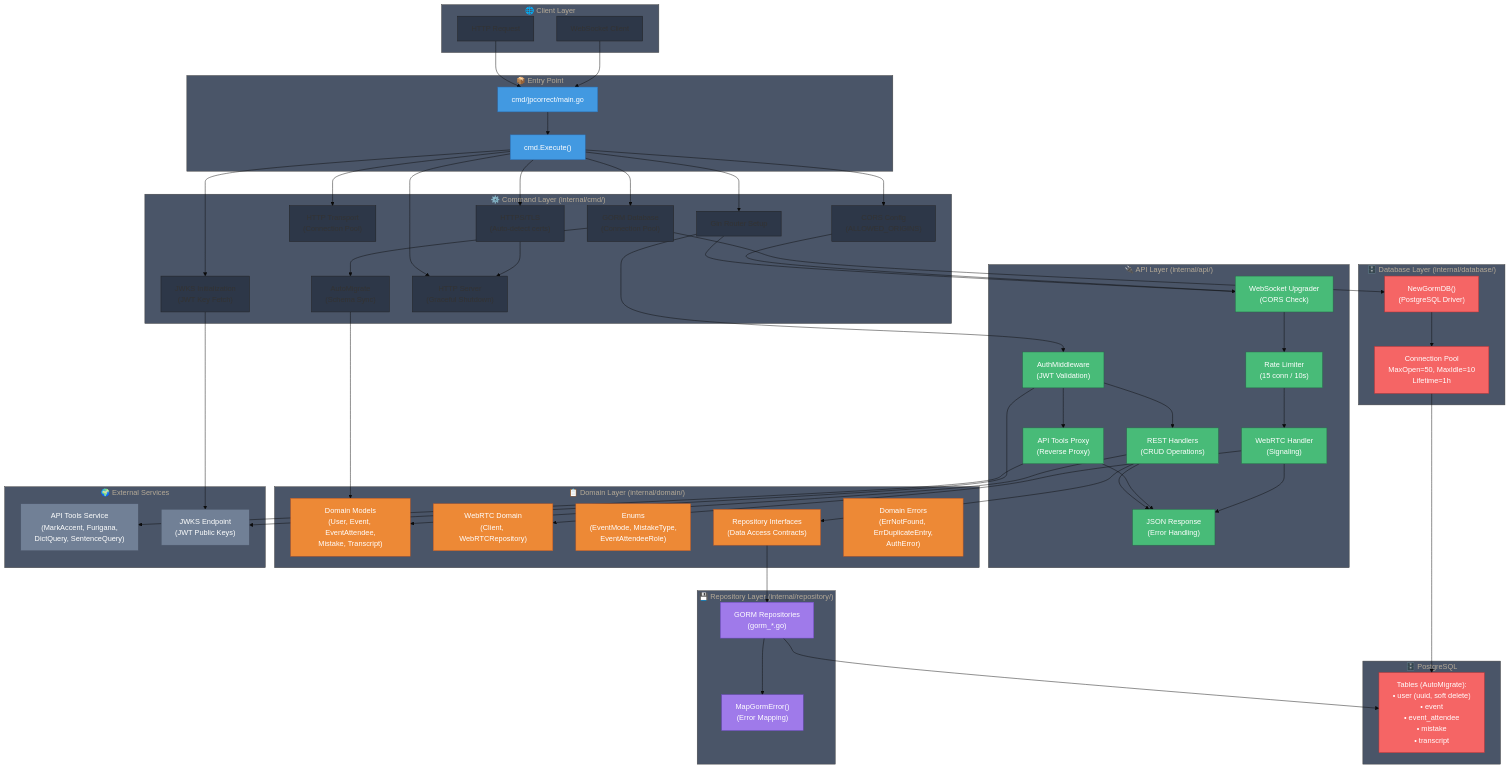
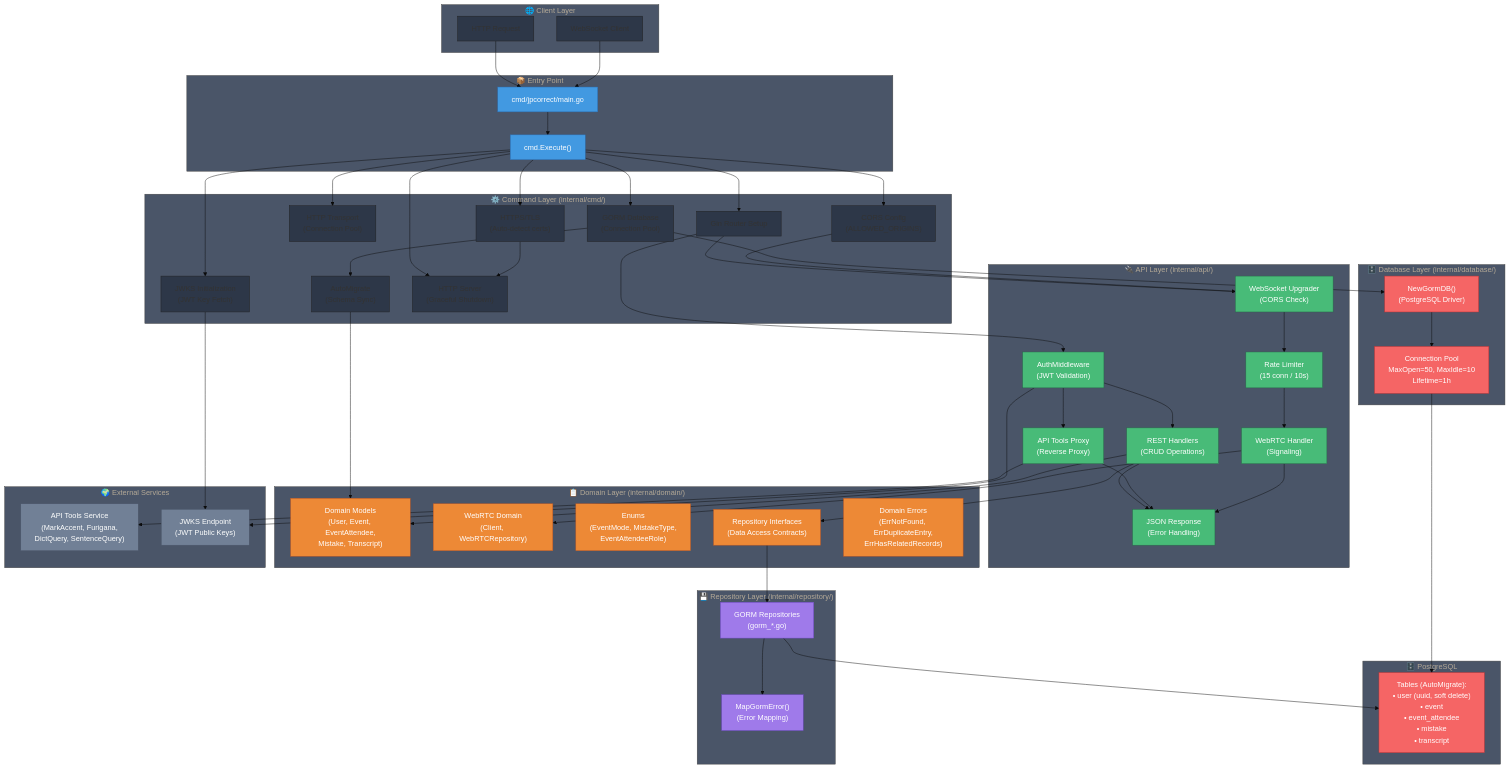
One commit to sessatakuma/jpcorrect-backend changed the first of 5 diagrams in docs/archecture.md. Above: the diagram before and after it, drawn with Mermaid. The commit also changed 1 other file, not shown here.

Commit message:
docs: describe the error envelope in the agent guide
The Errors convention no longer mentions domain.AuthError, which the
envelope migration removed, and the architecture diagram lists the
sentinel set that exists today.

Refs #70

```diff
--- a/docs/archecture.md
+++ b/docs/archecture.md
@@ -75,7 +75,7 @@
         WEBRTC["WebRTC Domain<br/>(Client, WebRTCRepository)"]
         ENUMS["Enums<br/>(EventMode, MistakeType,<br/>EventAttendeeRole)"]
         REPOS["Repository Interfaces<br/>(Data Access Contracts)"]
-        ERRORS["Domain Errors<br/>(ErrNotFound, ErrDuplicateEntry,<br/>AuthError)"]
+        ERRORS["Domain Errors<br/>(ErrNotFound, ErrDuplicateEntry,<br/>ErrHasRelatedRecords)"]
     end
 
     subgraph RepoLayer["💾 Repository Layer (internal/repository/)"]
```
